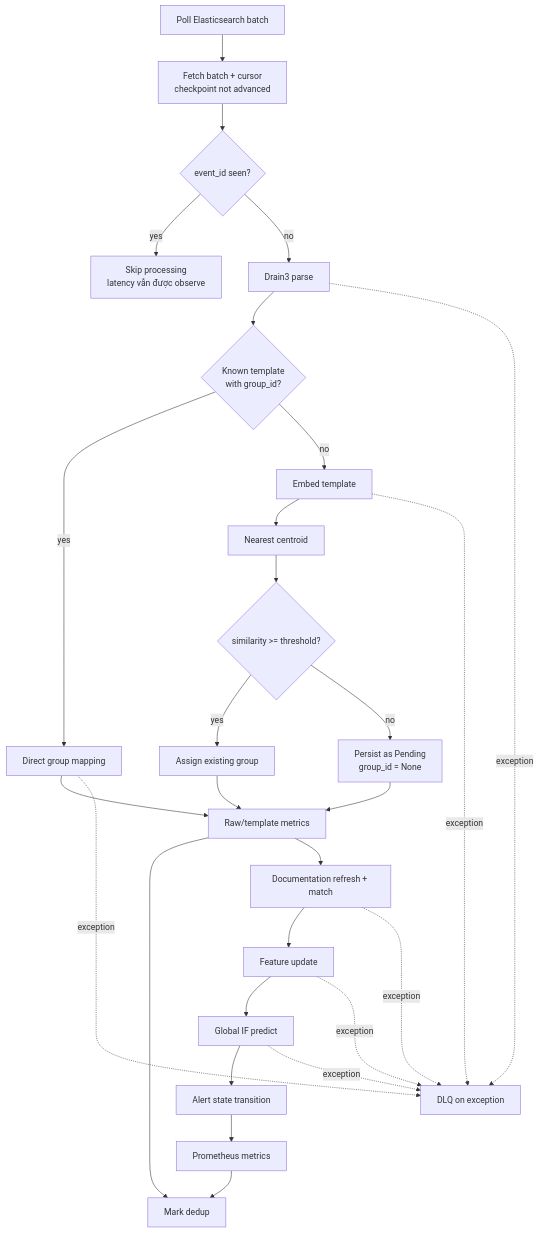
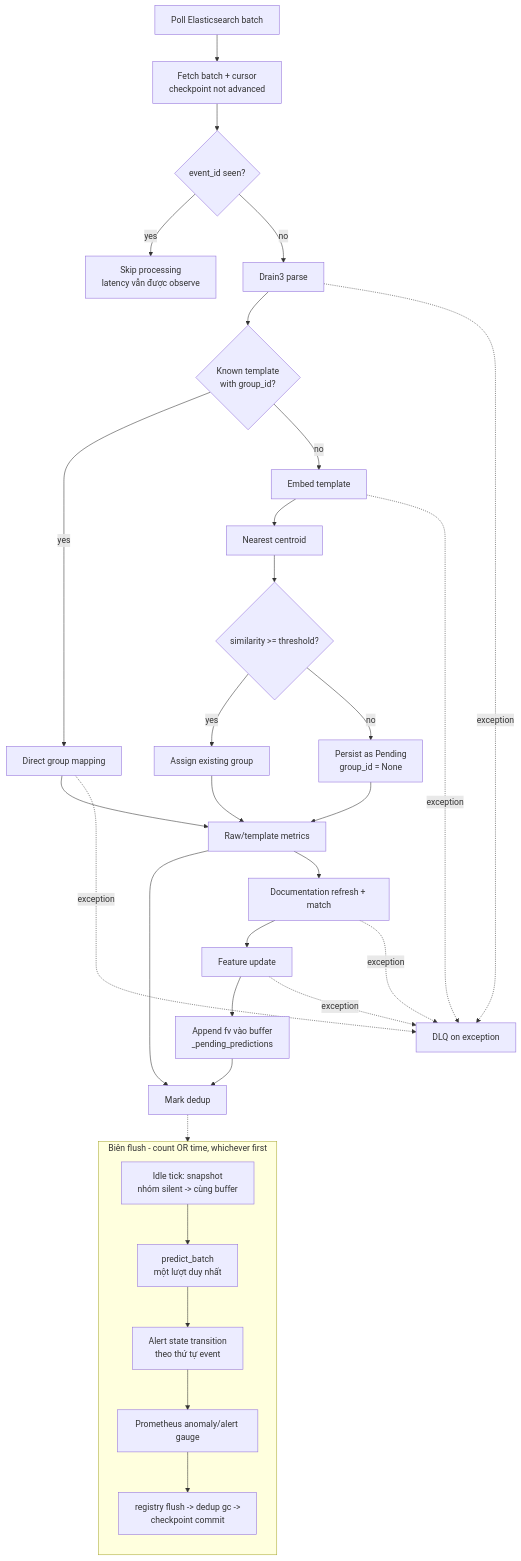
Before and after one commit to Cong123z/LogAi: the third of 4 diagrams in ARCHITECTURE.md, drawn with Mermaid. The commit also changed other lines of this file and 14 other files, not shown here.

````diff
--- a/ARCHITECTURE.md
+++ b/ARCHITECTURE.md
@@ -336,38 +342,46 @@
 ```mermaid
 flowchart TD
     A[Poll Elasticsearch batch]
     B[Fetch batch + cursor<br/>checkpoint not advanced]
     C{event_id seen?}
     D[Drain3 parse]
     E{Known template<br/>with group_id?}
     F[Direct group mapping]
     G[Embed template]
     H[Nearest centroid]
     I{similarity >= threshold?}
     J[Assign existing group]
     K[Persist as Pending<br/>group_id = None]
     L[Raw/template metrics]
     M[Documentation refresh + match]
     N[Feature update]
-    O[Global IF predict]
-    P[Alert state transition]
-    Q[Prometheus metrics]
+    U[Append fv vào buffer<br/>_pending_predictions]
     R[Mark dedup]
     S[DLQ on exception]
     T[Skip processing<br/>latency vẫn được observe]
 
     A --> B --> C
     C -->|yes| T
     C -->|no| D --> E
     E -->|yes| F --> L
     E -->|no| G --> H --> I
     I -->|yes| J --> L
     I -->|no| K --> L --> R
-    L --> M --> N --> O --> P --> Q --> R
+    L --> M --> N --> U --> R
     D -. exception .-> S
     F -. exception .-> S
     G -. exception .-> S
     M -. exception .-> S
     N -. exception .-> S
-    O -. exception .-> S
+
+    R -.-> FL
+    subgraph FL[Biên flush - count OR time, whichever first]
+      direction TB
+      V[Idle tick: snapshot<br/>nhóm silent -> cùng buffer]
+      W[predict_batch<br/>một lượt duy nhất]
+      X[Alert state transition<br/>theo thứ tự event]
+      Y[Prometheus anomaly/alert gauge]
+      Z[registry flush -> dedup gc -><br/>checkpoint commit]
+      V --> W --> X --> Y --> Z
+    end
 ```
````
